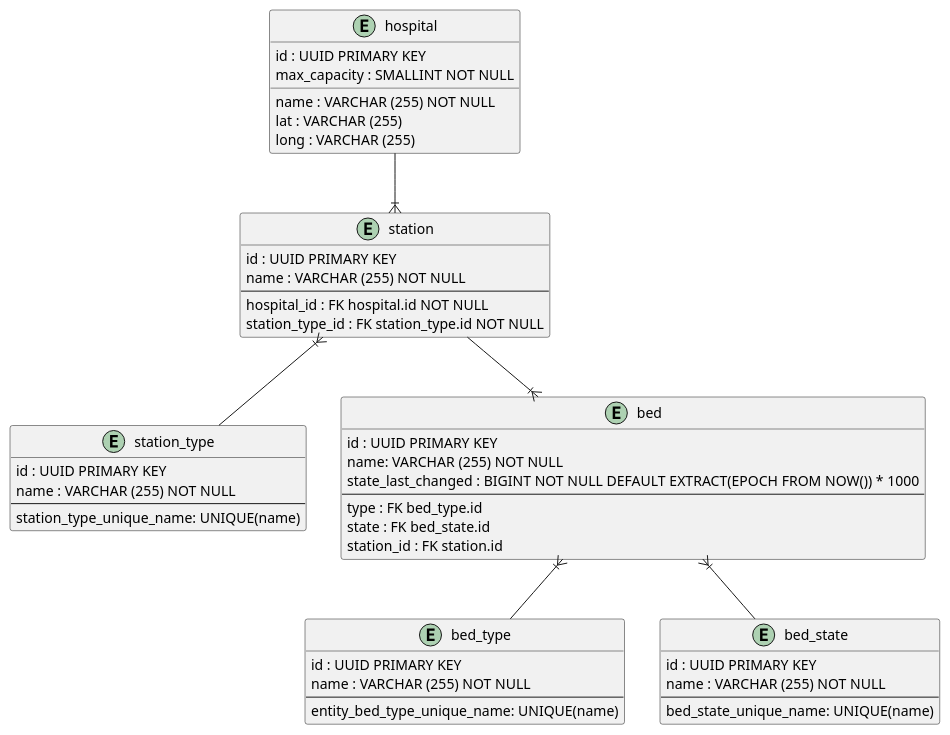
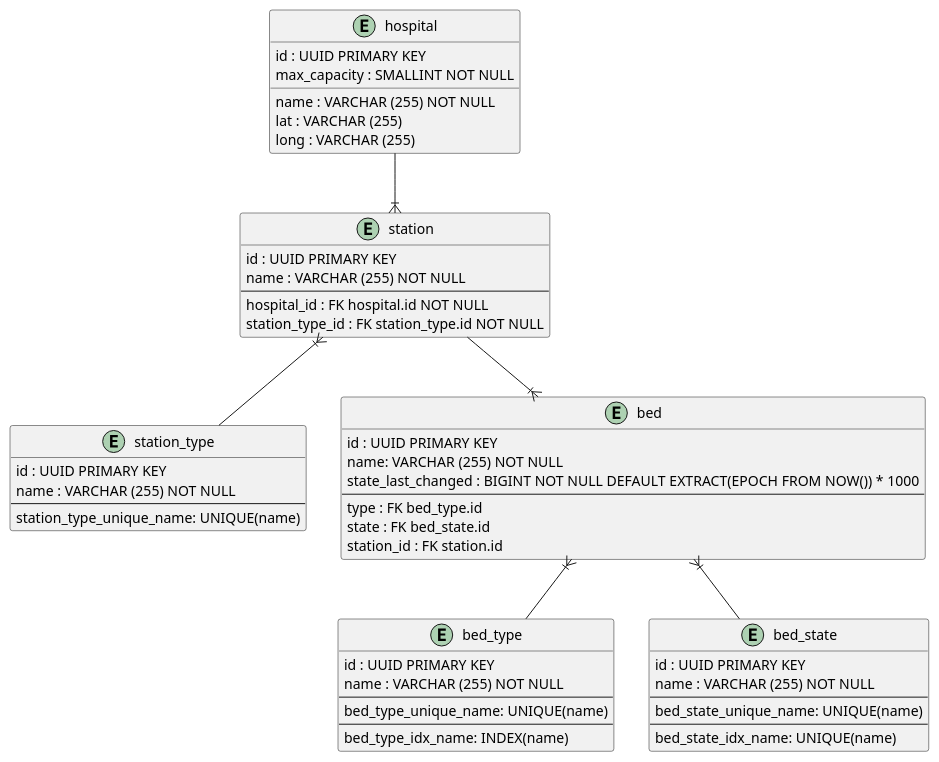
Before and after one commit to track-your-bed/track-your-bed-doc: the diagram in datamodel/bedidentity/datamodel.puml, drawn with PlantUML. The commit also changed 5 other files, not shown here.

First line of the commit message:
[Make names unique for bed-type and -state]: (#2)

```diff
--- a/datamodel/bedidentity/datamodel.puml
+++ b/datamodel/bedidentity/datamodel.puml
@@ -1,54 +1,58 @@
 @startuml
 entity hospital {
     id : UUID PRIMARY KEY
     name : VARCHAR (255) NOT NULL
     max_capacity : SMALLINT NOT NULL
     lat : VARCHAR (255)
     long : VARCHAR (255)
 }
 
 entity station {
     id : UUID PRIMARY KEY
     name : VARCHAR (255) NOT NULL
     --
     hospital_id : FK hospital.id NOT NULL
     station_type_id : FK station_type.id NOT NULL
 }
 
 entity station_type {
     id : UUID PRIMARY KEY
     name : VARCHAR (255) NOT NULL
     --
     station_type_unique_name: UNIQUE(name)
 }
 
 entity bed {
     id : UUID PRIMARY KEY
     name: VARCHAR (255) NOT NULL
     state_last_changed : BIGINT NOT NULL DEFAULT EXTRACT(EPOCH FROM NOW()) * 1000
     --
     type : FK bed_type.id
     state : FK bed_state.id
     station_id : FK station.id
 }
 
 entity bed_type {
     id : UUID PRIMARY KEY
     name : VARCHAR (255) NOT NULL
     --
-    entity_bed_type_unique_name: UNIQUE(name)
+    bed_type_unique_name: UNIQUE(name)
+    --
+    bed_type_idx_name: INDEX(name)
 }
 
 entity bed_state {
     id : UUID PRIMARY KEY
     name : VARCHAR (255) NOT NULL
     --
     bed_state_unique_name: UNIQUE(name)
+    --
+    bed_state_idx_name: UNIQUE(name)
 }
 
 hospital --|{ station
 station }|-- station_type
 station --|{ bed
 bed }|-- bed_type
 bed }|-- bed_state
 @enduml
```
